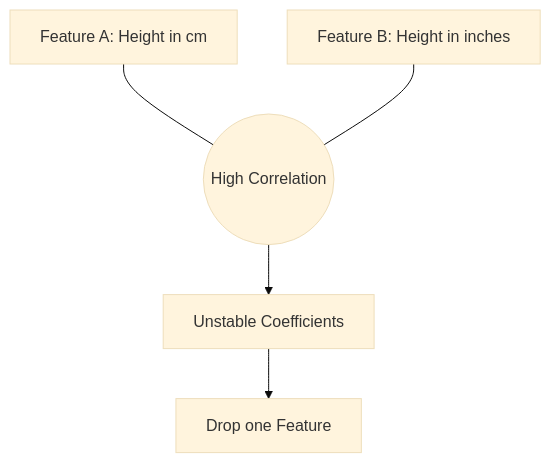
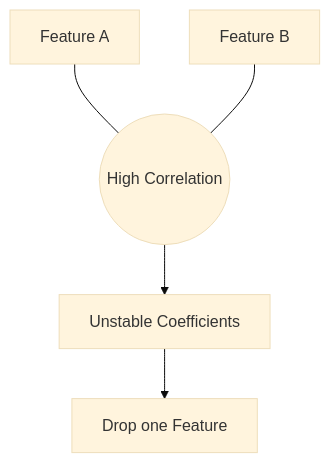
Before and after one commit to susanavenda/data_cambridge: diagram 12 of 14 in README.md, drawn with Mermaid (base theme). The commit also changed other lines of this file, not shown here.

````diff
--- a/README.md
+++ b/README.md
@@ -321,8 +241,8 @@
 ```mermaid
 graph TD
-    X1[Feature A: Height in cm] --- Correlated((High Correlation))
-    X2[Feature B: Height in inches] --- Correlated
+    X1[Feature A] --- Correlated((High Correlation))
+    X2[Feature B] --- Correlated
     Correlated --> Issue[Unstable Coefficients]
     Issue --> Fix[Drop one Feature]
 
 ```
````
